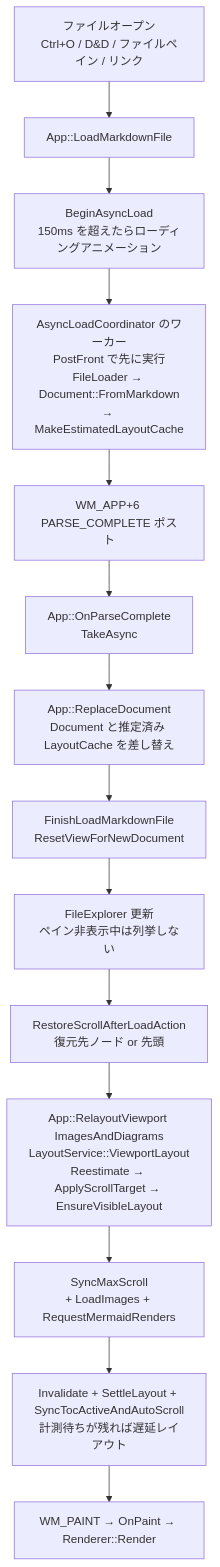
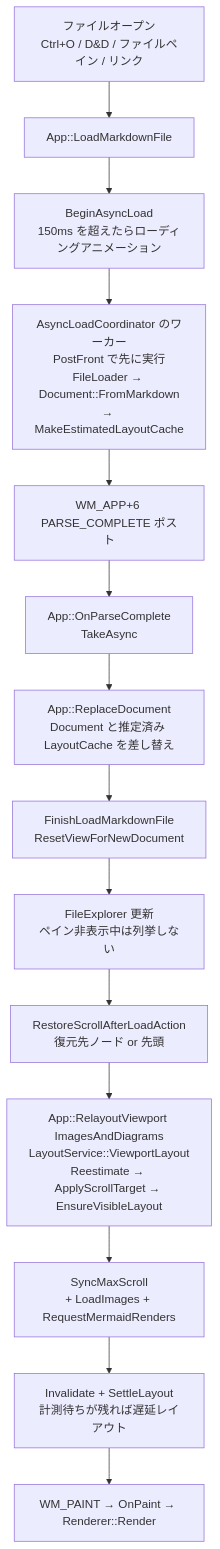
One commit to tanaton/mendo changed diagram 18 of 27 in example/test.md. Above: the diagram before and after it, drawn with Mermaid. The commit also changed other lines of this file and 48 other files, not shown here.

````diff
--- a/example/test.md
+++ b/example/test.md
@@ -3180,17 +3179,17 @@
 ```mermaid
 flowchart TD
     TRIGGER[ファイルオープン<br>Ctrl+O / D&D / ファイルペイン / リンク] --> LMF[App::LoadMarkdownFile]
     LMF --> ASYNC[BeginAsyncLoad<br>150ms を超えたらローディングアニメーション]
     ASYNC --> WORKER[AsyncLoadCoordinator のワーカー<br>PostFront で先に実行<br>FileLoader → Document::FromMarkdown<br>→ MakeEstimatedLayoutCache]
     WORKER --> POST[WM_APP+6 PARSE_COMPLETE ポスト]
     POST --> OPC[App::OnParseComplete<br>TakeAsync]
 
     OPC --> REPL[App::ReplaceDocument<br>Document と推定済み LayoutCache を差し替え]
     REPL --> RESET[FinishLoadMarkdownFile<br>ResetViewForNewDocument]
     RESET --> FE[FileExplorer 更新<br>ペイン非表示中は列挙しない]
     FE --> RESTORE[RestoreScrollAfterLoadAction<br>復元先ノード or 先頭]
     RESTORE --> LAYOUT[App::RelayoutViewport ImagesAndDiagrams<br>LayoutService::ViewportLayout<br>Reestimate → ApplyScrollTarget → EnsureVisibleLayout]
     LAYOUT --> FINAL[SyncMaxScroll<br>+ LoadImages + RequestMermaidRenders]
-    FINAL --> INVAL[Invalidate + SettleLayout + SyncTocActiveAndAutoScroll<br>計測待ちが残れば遅延レイアウト]
+    FINAL --> INVAL[Invalidate + SettleLayout<br>計測待ちが残れば遅延レイアウト]
     INVAL --> PAINT[WM_PAINT → OnPaint → Renderer::Render]
 ```
````
